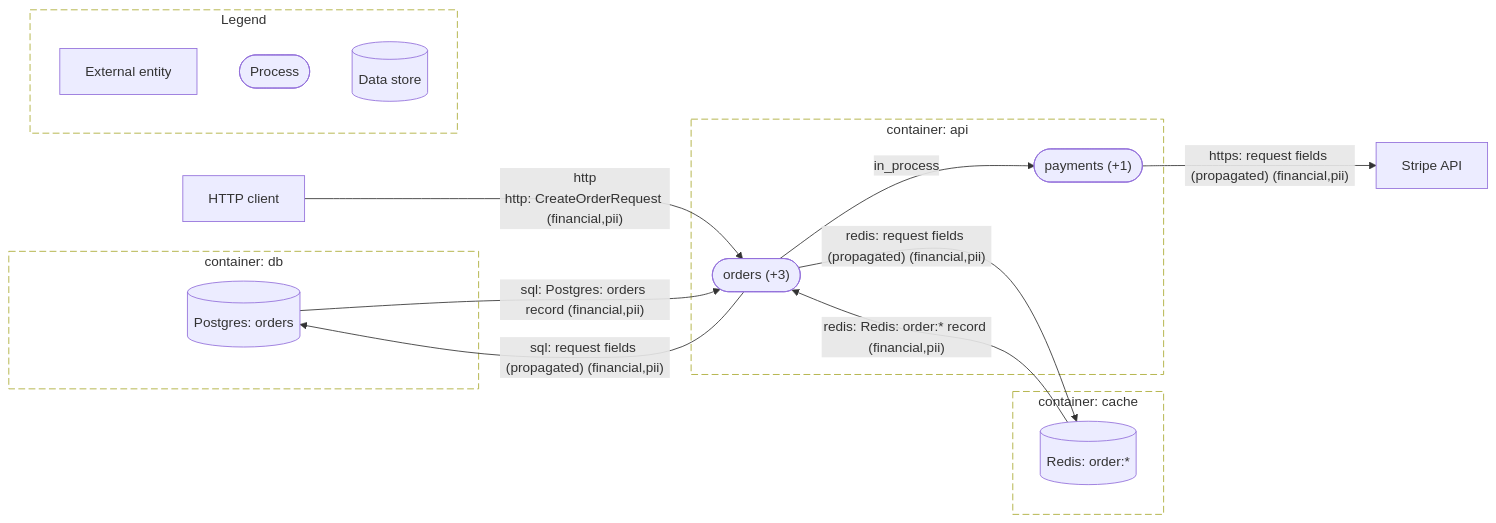
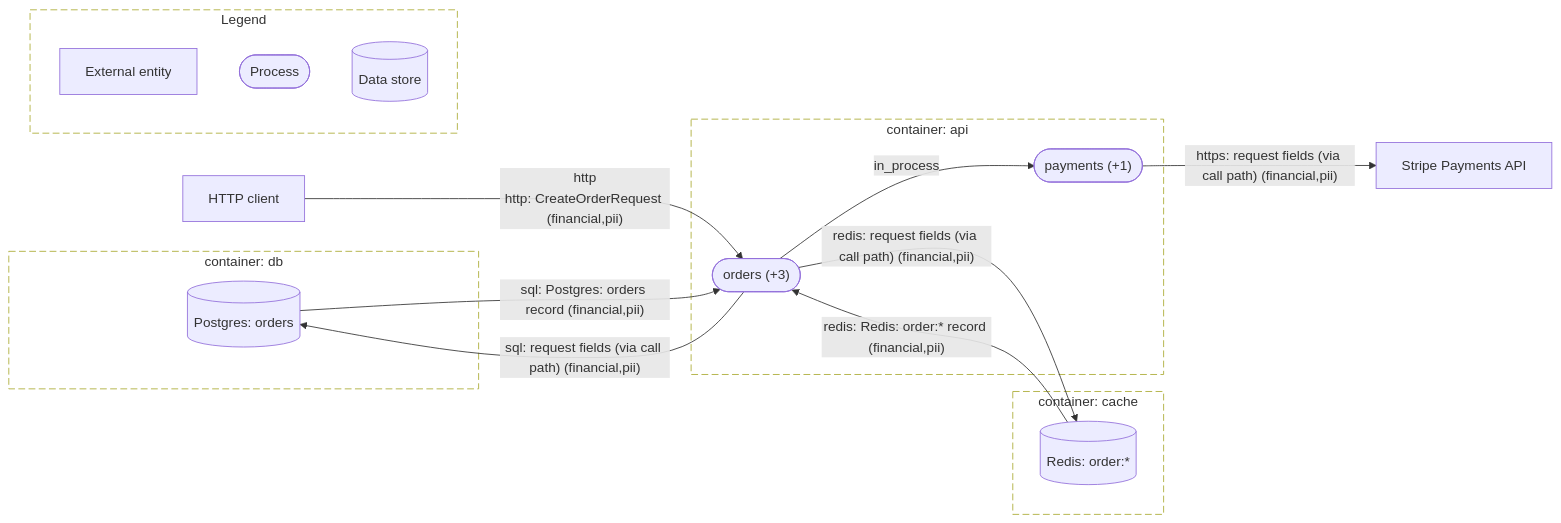
One commit to AskShri/code2designmapping changed the diagram in evaluation/orders-service-example/diagrams/dfd-l1.mmd. Above: the diagram before and after it, drawn with Mermaid. The commit also changed 164 other files, not shown here.

```diff
--- a/evaluation/orders-service-example/diagrams/dfd-l1.mmd
+++ b/evaluation/orders-service-example/diagrams/dfd-l1.mmd
@@ -1,30 +1,30 @@
 %% L1: orders-service-example
 flowchart LR
   subgraph bnd_li56z6okmf["container: db"]
     store_2whm26363j[("Postgres: orders")]
   end
   subgraph bnd_quz6xm3rfj["container: cache"]
     store_ligqz7jge4[("Redis: order:*")]
   end
   subgraph bnd_uvq3irjstn["container: api"]
     proc_7hcvlzq6va(["payments (+1)"])
     proc_tv5mzaefoi(["orders (+3)"])
   end
   ext_sga4qktkap["HTTP client"]
-  ext_slqdx4hifp["Stripe API"]
+  ext_slqdx4hifp["Stripe Payments API"]
   ext_sga4qktkap -->|"http<br/>http: CreateOrderRequest (financial,pii)"| proc_tv5mzaefoi
-  proc_7hcvlzq6va -->|"https: request fields (propagated) (financial,pii)"| ext_slqdx4hifp
+  proc_7hcvlzq6va -->|"https: request fields (via call path) (financial,pii)"| ext_slqdx4hifp
   proc_tv5mzaefoi -->|"in_process"| proc_7hcvlzq6va
-  proc_tv5mzaefoi -->|"sql: request fields (propagated) (financial,pii)"| store_2whm26363j
-  proc_tv5mzaefoi -->|"redis: request fields (propagated) (financial,pii)"| store_ligqz7jge4
+  proc_tv5mzaefoi -->|"sql: request fields (via call path) (financial,pii)"| store_2whm26363j
+  proc_tv5mzaefoi -->|"redis: request fields (via call path) (financial,pii)"| store_ligqz7jge4
   store_2whm26363j -->|"sql: Postgres: orders record (financial,pii)"| proc_tv5mzaefoi
   store_ligqz7jge4 -->|"redis: Redis: order:* record (financial,pii)"| proc_tv5mzaefoi
   style bnd_li56z6okmf stroke-dasharray: 8 4,fill:none
   style bnd_quz6xm3rfj stroke-dasharray: 8 4,fill:none
   style bnd_uvq3irjstn stroke-dasharray: 8 4,fill:none
   subgraph legend["Legend"]
     lg_e["External entity"]
     lg_p(["Process"])
     lg_s[("Data store")]
   end
   style legend stroke-dasharray: 8 4,fill:none
```
